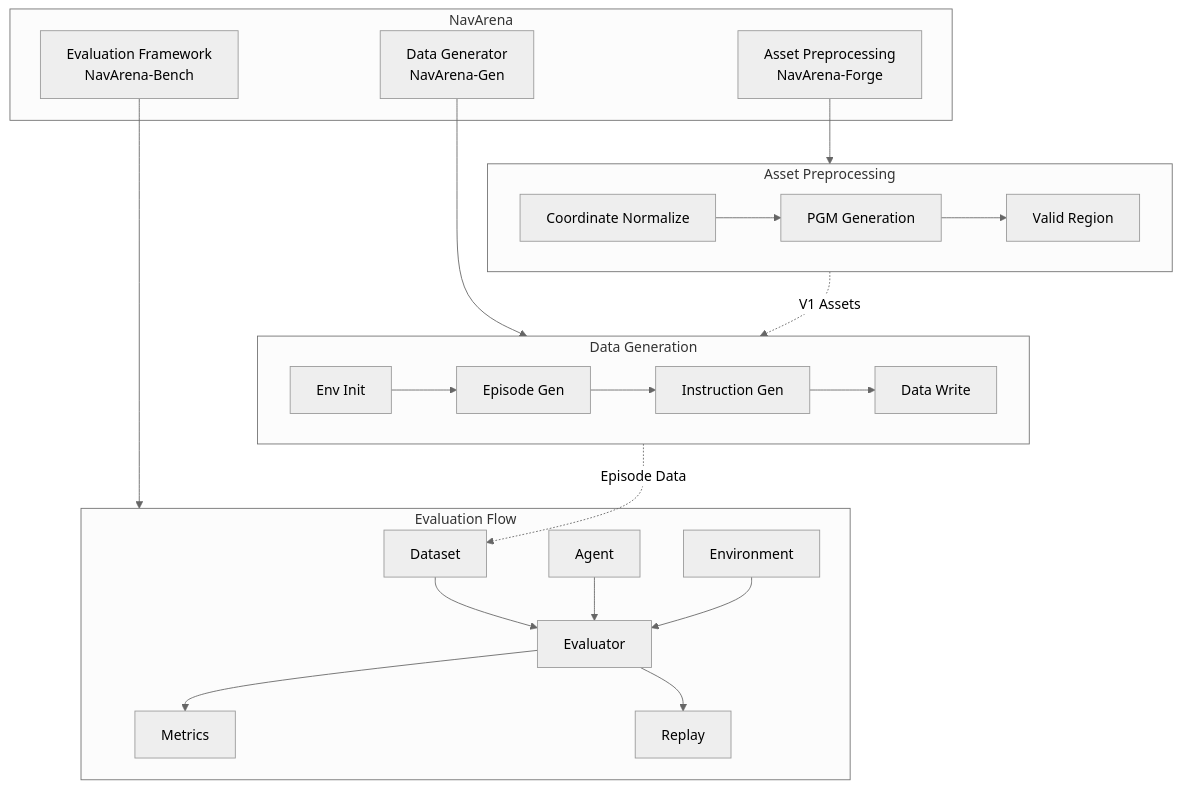
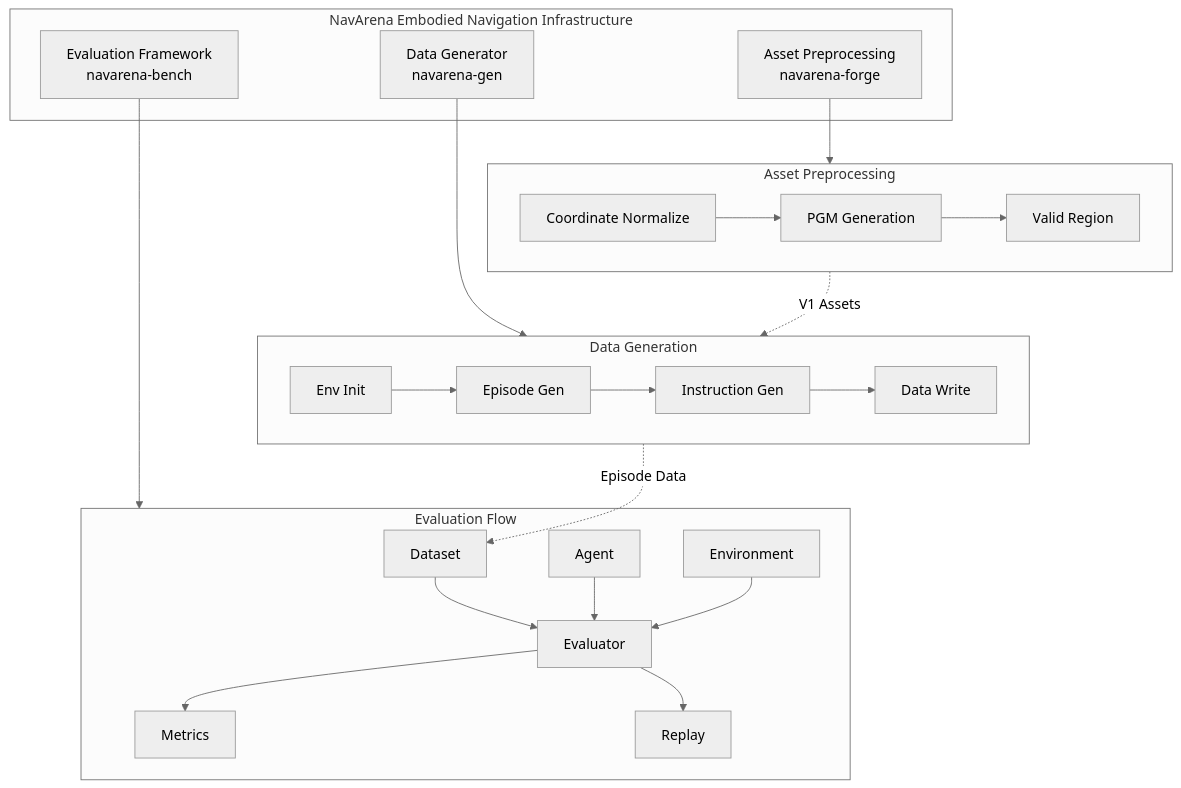
One commit to EI-Nav/NavArena-Doc changed the diagram in docs/en/index.md. Above: the diagram before and after it, drawn with Mermaid (neutral theme). The commit also changed other lines of this file and 39 other files, not shown here.

````diff
--- a/docs/en/index.md
+++ b/docs/en/index.md
@@ -66,37 +67,37 @@
 ```mermaid
 graph TB
-    subgraph NavArena[NavArena]
-        AP[Asset Preprocessing<br/>NavArena-Forge]
-        DG[Data Generator<br/>NavArena-Gen]
-        EF[Evaluation Framework<br/>NavArena-Bench]
+    subgraph NavArena[NavArena Embodied Navigation Infrastructure]
+        AP[Asset Preprocessing<br/>navarena-forge]
+        DG[Data Generator<br/>navarena-gen]
+        EF[Evaluation Framework<br/>navarena-bench]
     end
     
     subgraph AP_Flow[Asset Preprocessing]
         A1[Coordinate Normalize]
         A2[PGM Generation]
         A3[Valid Region]
         A1 --> A2 --> A3
     end
     
     subgraph DG_Flow[Data Generation]
         D1[Env Init]
         D2[Episode Gen]
         D3[Instruction Gen]
         D4[Data Write]
         D1 --> D2 --> D3 --> D4
     end
     
     subgraph EF_Flow[Evaluation Flow]
         Dataset[Dataset] --> Eval[Evaluator]
         Agent[Agent] --> Eval
         Env[Environment] --> Eval
         Eval --> Metrics[Metrics]
         Eval --> Replay[Replay]
     end
     
     AP --> AP_Flow
     DG --> DG_Flow
     EF --> EF_Flow
     AP_Flow -.V1 Assets.-> DG_Flow
     DG_Flow -.Episode Data.-> Dataset
 ```
````
